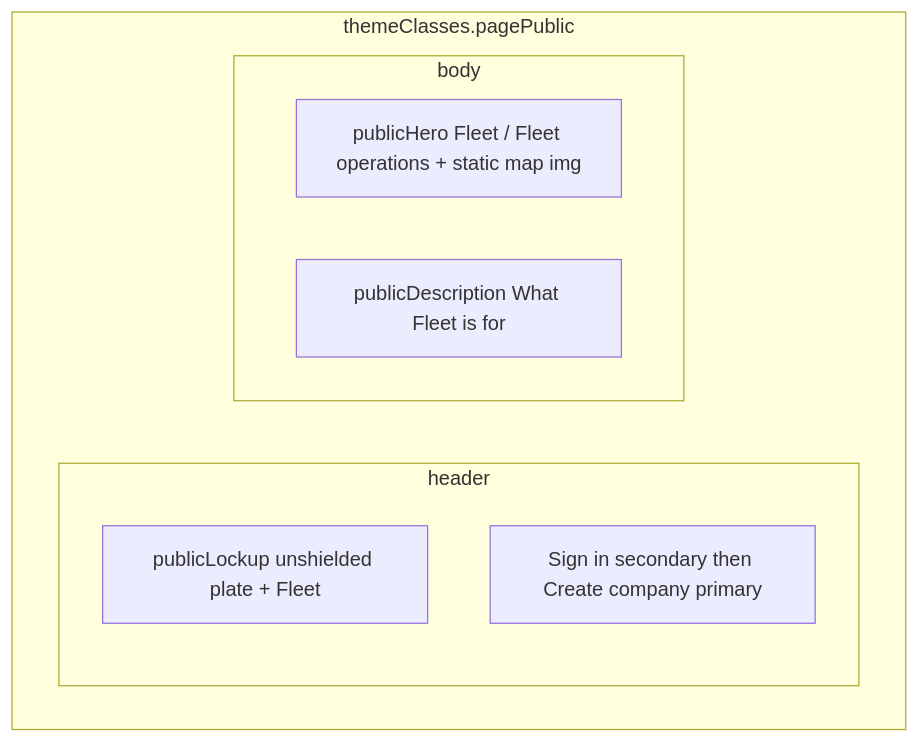
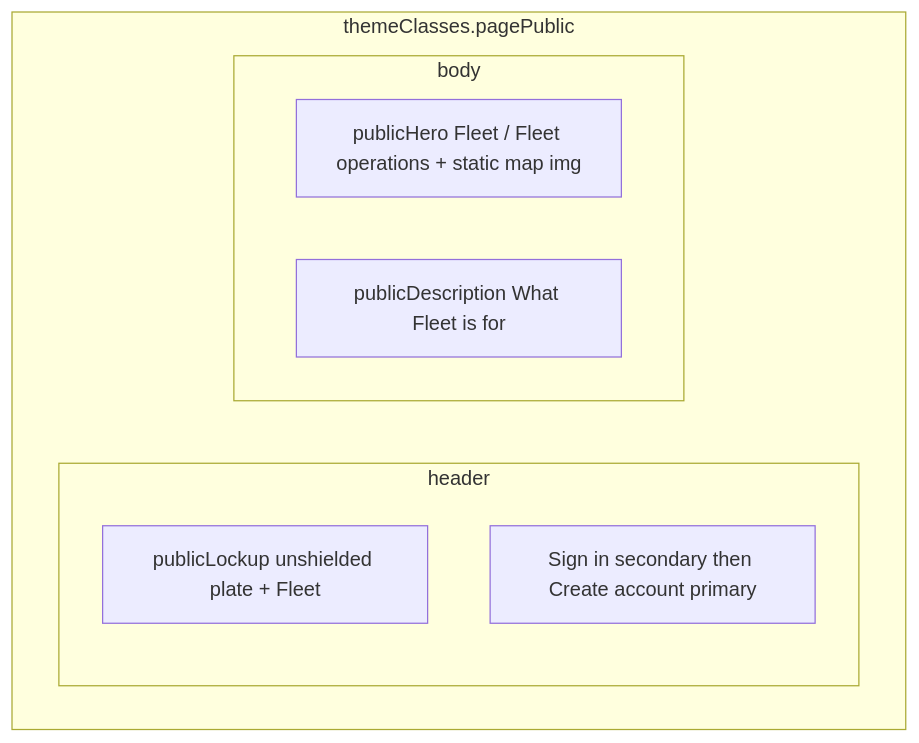
One commit to Alex61-byte/fleet-management changed the third of 4 diagrams in design/pages/_patterns.md. Above: the diagram before and after it, drawn with Mermaid. The commit also changed other lines of this file and 110 other files, not shown here.

````diff
--- a/design/pages/_patterns.md
+++ b/design/pages/_patterns.md
@@ -244,15 +261,15 @@
 ```mermaid
 flowchart TB
   subgraph page [themeClasses.pagePublic]
     header[themeClasses.publicHeader sticky h-app-bar]
     body[themeClasses.publicBody]
   end
   subgraph header
     lockup[publicLockup unshielded plate + Fleet]
-    actions[Sign in secondary then Create company primary]
+    actions[Sign in secondary then Create account primary]
   end
   subgraph body
     hero[publicHero Fleet / Fleet operations + static map img]
     desc[publicDescription What Fleet is for]
   end
 ```
````
